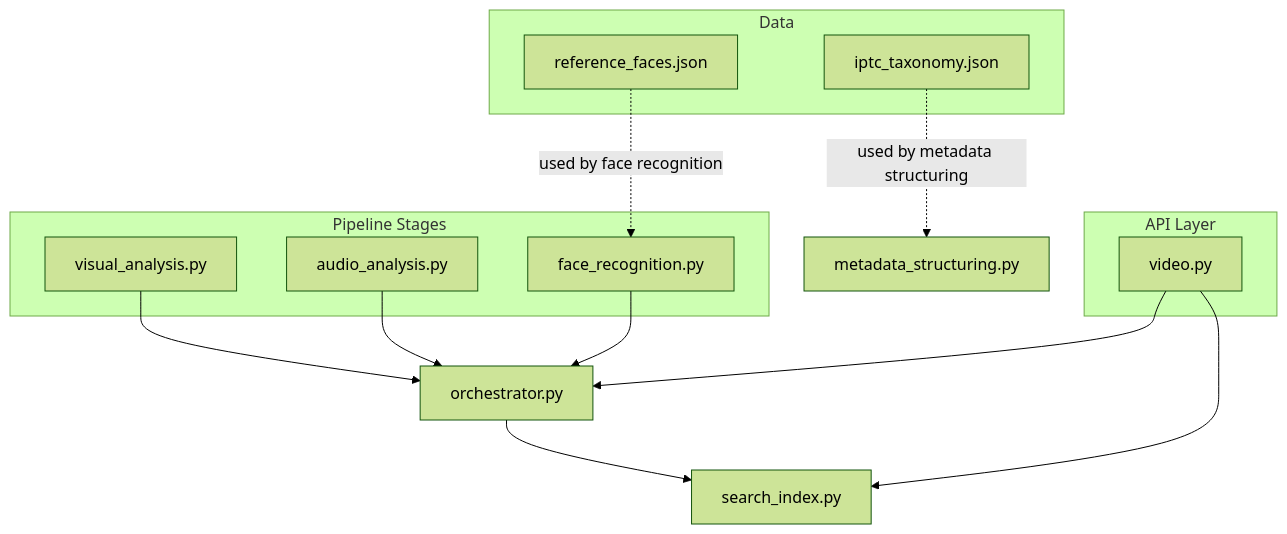
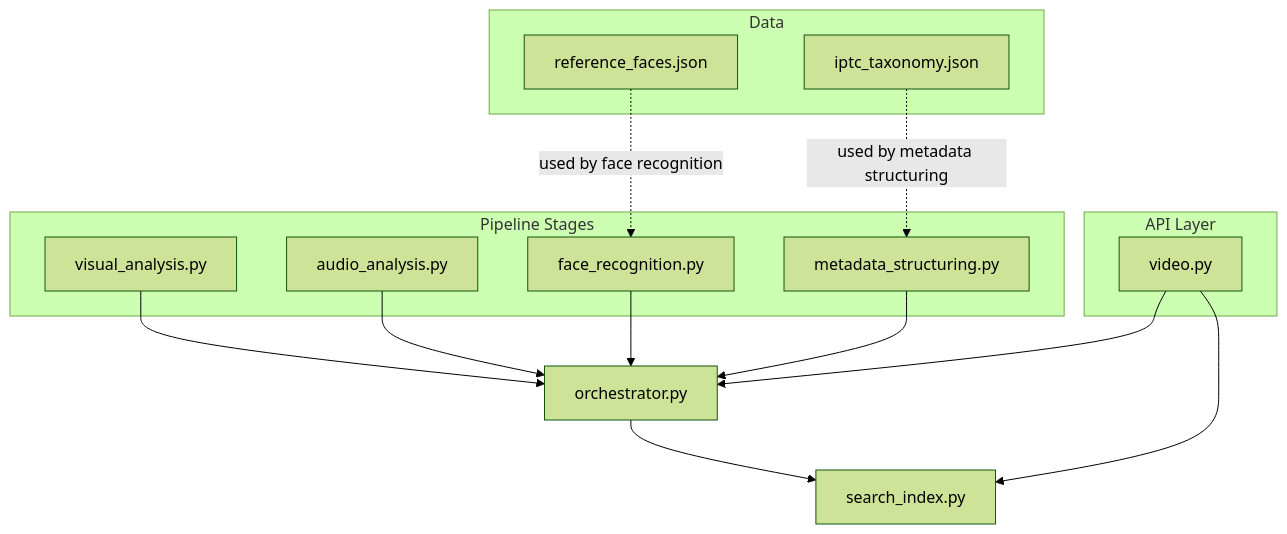
The first of 9 diagrams in .qoder/repowiki/en/content/Media Processing Pipeline/Search Index Stage.md (alexandreybasta-cyber/dubai-media-ai), drawn with Mermaid (forest theme) before and after one commit. The commit also changed other lines of this file and 54 other files, not shown here.

````diff
--- a/.qoder/repowiki/en/content/Media Processing Pipeline/Search Index Stage.md
+++ b/.qoder/repowiki/en/content/Media Processing Pipeline/Search Index Stage.md
@@ -50,25 +52,27 @@
 ```mermaid
 graph TB
 subgraph "Pipeline Stages"
 VA["visual_analysis.py"]
 ASR["audio_analysis.py"]
 FR["face_recognition.py"]
+MS["metadata_structuring.py"]
 end
 ORCH["orchestrator.py"]
 SI["search_index.py"]
 subgraph "API Layer"
 ROUTER["video.py"]
 end
 subgraph "Data"
 IPTC["iptc_taxonomy.json"]
 REF["reference_faces.json"]
 end
 VA --> ORCH
 ASR --> ORCH
 FR --> ORCH
+MS --> ORCH
 ORCH --> SI
-IPTC -. "used by metadata structuring" .-> MS["metadata_structuring.py"]
+IPTC -. "used by metadata structuring" .-> MS
 REF -. "used by face recognition" .-> FR
 ROUTER --> ORCH
 ROUTER --> SI
 ```
````
